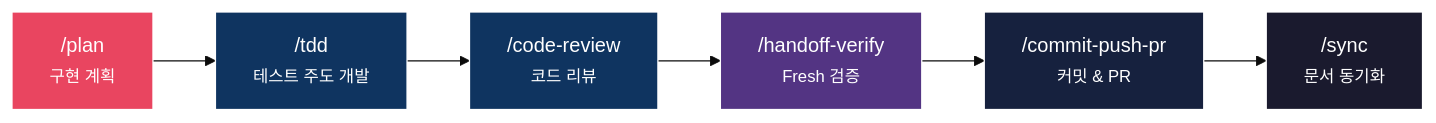
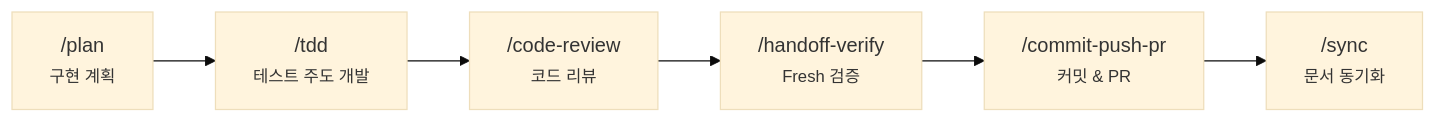
The diagram in README.ko.md (daeha76/dotnet-claude-forge), drawn with Mermaid (base theme) before and after one commit. The commit also changed other lines of this file and 1 other file, not shown here.

````diff
--- a/README.ko.md
+++ b/README.ko.md
@@ -92,15 +83,8 @@
 ```mermaid
 graph LR
     P["/plan<br/><small>구현 계획</small>"] --> T["/tdd<br/><small>테스트 주도 개발</small>"]
     T --> CR["/code-review<br/><small>코드 리뷰</small>"]
     CR --> HV["/handoff-verify<br/><small>Fresh 검증</small>"]
     HV --> CPR["/commit-push-pr<br/><small>커밋 & PR</small>"]
     CPR --> S["/sync<br/><small>문서 동기화</small>"]
-
-    style P fill:#e94560,stroke:#fff,color:#fff
-    style T fill:#0f3460,stroke:#fff,color:#fff
-    style CR fill:#0f3460,stroke:#fff,color:#fff
-    style HV fill:#533483,stroke:#fff,color:#fff
-    style CPR fill:#16213e,stroke:#fff,color:#fff
-    style S fill:#1a1a2e,stroke:#fff,color:#fff
 ```
````
